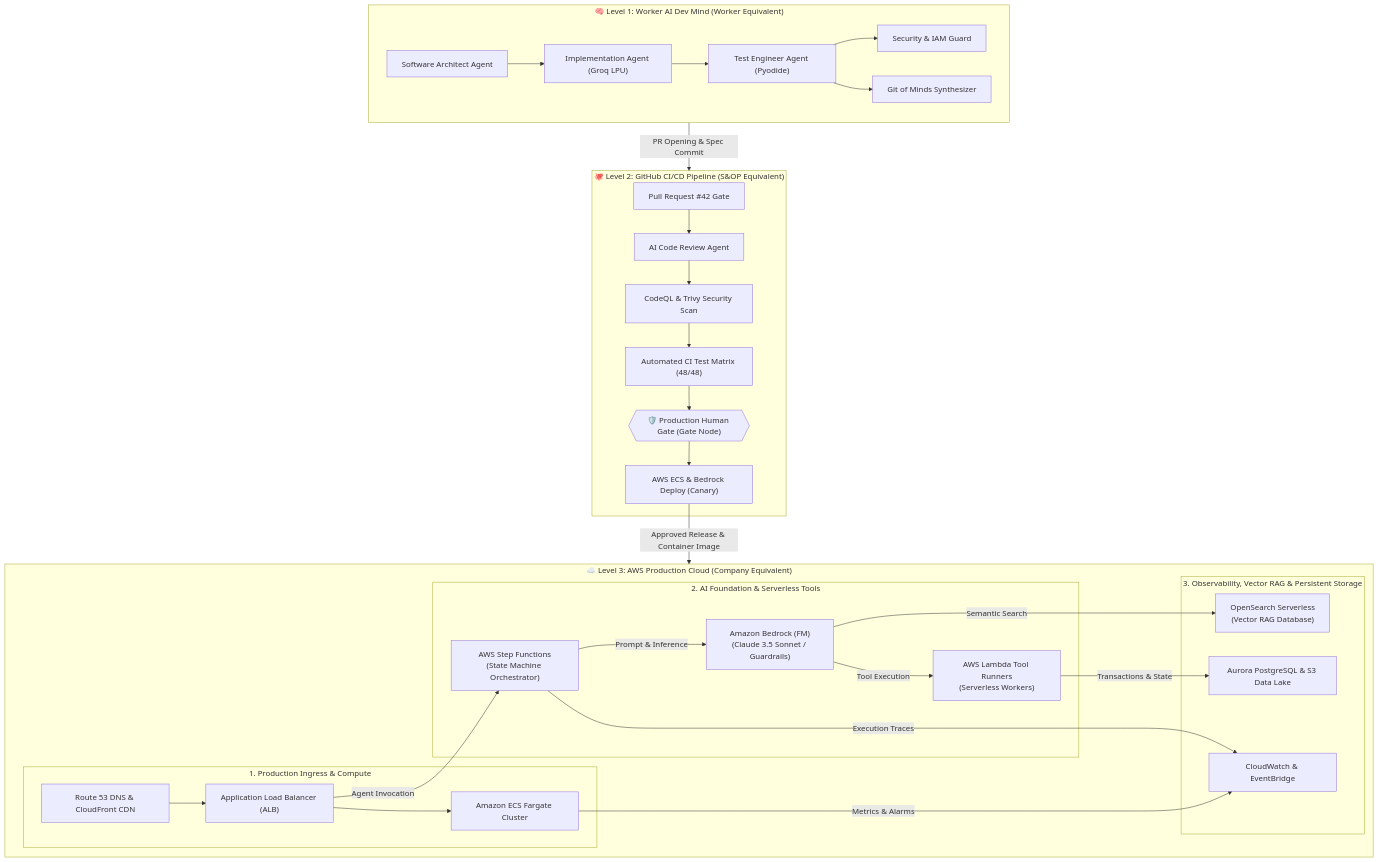
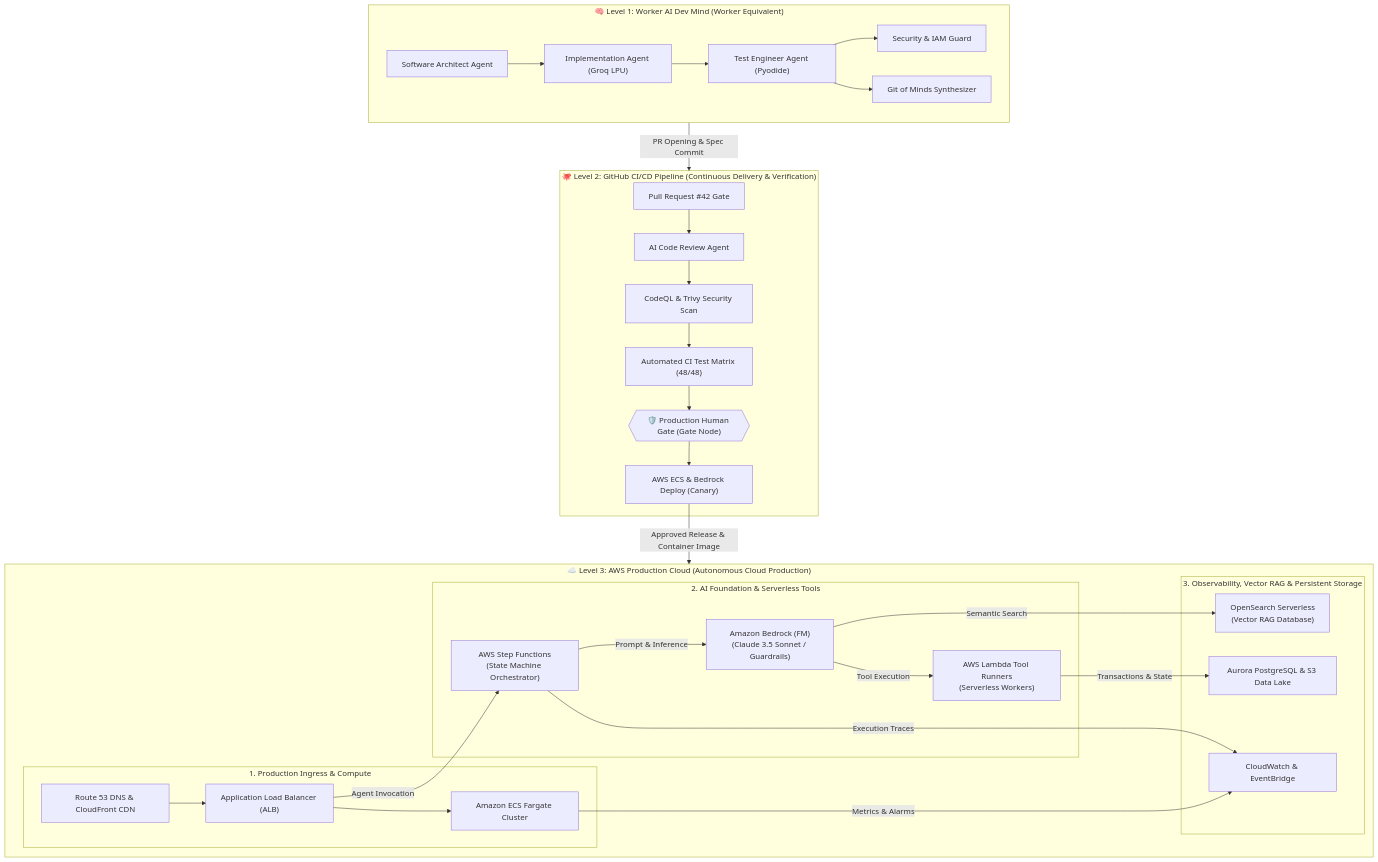
Before and after one commit to cosmosanalytics/AWS: the diagram in README.md, drawn with Mermaid. The commit also changed other lines of this file and 2 other files, not shown here.

Commit message:
feat: Add unified AI Factory & Ambient CI/CD Studio with WebLLM, Groq LPU, and Owner-Only live AWS gate

````diff
--- a/README.md
+++ b/README.md
@@ -17,40 +17,40 @@
 ```mermaid
 flowchart TD
-  subgraph L3["☁️ Level 3: AWS Production Cloud (Company Equivalent)"]
+  subgraph L3["☁️ Level 3: AWS Production Cloud (Autonomous Cloud Production)"]
     subgraph Row1["1. Production Ingress & Compute"]
       aws_edge["Route 53 DNS & CloudFront CDN"] --> aws_alb["Application Load Balancer (ALB)"]
       aws_alb --> aws_ecs["Amazon ECS Fargate Cluster"]
     end
 
     subgraph Row2["2. AI Foundation & Serverless Tools"]
       aws_alb -->|Agent Invocation| aws_sf["AWS Step Functions<br/>(State Machine Orchestrator)"]
       aws_sf -->|Prompt & Inference| aws_bedrock["Amazon Bedrock (FM)<br/>(Claude 3.5 Sonnet / Guardrails)"]
       aws_bedrock -->|Tool Execution| aws_lambda["AWS Lambda Tool Runners<br/>(Serverless Workers)"]
     end
 
     subgraph Row3["3. Observability, Vector RAG & Persistent Storage"]
       aws_bedrock -->|Semantic Search| aws_opensearch["OpenSearch Serverless<br/>(Vector RAG Database)"]
       aws_lambda -->|Transactions & State| aws_aurora["Aurora PostgreSQL & S3 Data Lake"]
       aws_ecs -->|Metrics & Alarms| aws_obs["CloudWatch & EventBridge"]
       aws_sf -->|Execution Traces| aws_obs
     end
   end
 
-  subgraph L2["🐙 Level 2: GitHub CI/CD Pipeline (S&OP Equivalent)"]
+  subgraph L2["🐙 Level 2: GitHub CI/CD Pipeline (Continuous Delivery & Verification)"]
     gh_pr["Pull Request #42 Gate"] --> gh_review["AI Code Review Agent"]
     gh_review --> gh_sec["CodeQL & Trivy Security Scan"]
     gh_sec --> gh_ci["Automated CI Test Matrix (48/48)"]
     gh_ci --> gh_gate{{"🛡️ Production Human Gate (Gate Node)"}}
     gh_gate --> gh_cd["AWS ECS & Bedrock Deploy (Canary)"]
   end
 
   subgraph L1["🧠 Level 1: Worker AI Dev Mind (Worker Equivalent)"]
     w_arch["Software Architect Agent"] --> w_coder["Implementation Agent (Groq LPU)"]
     w_coder --> w_tester["Test Engineer Agent (Pyodide)"]
     w_tester --> w_sec["Security & IAM Guard"]
     w_tester --> w_git["Git of Minds Synthesizer"]
   end
 
   L1 -->|PR Opening & Spec Commit| L2
   gh_cd -->|Approved Release & Container Image| L3
 ```
````
